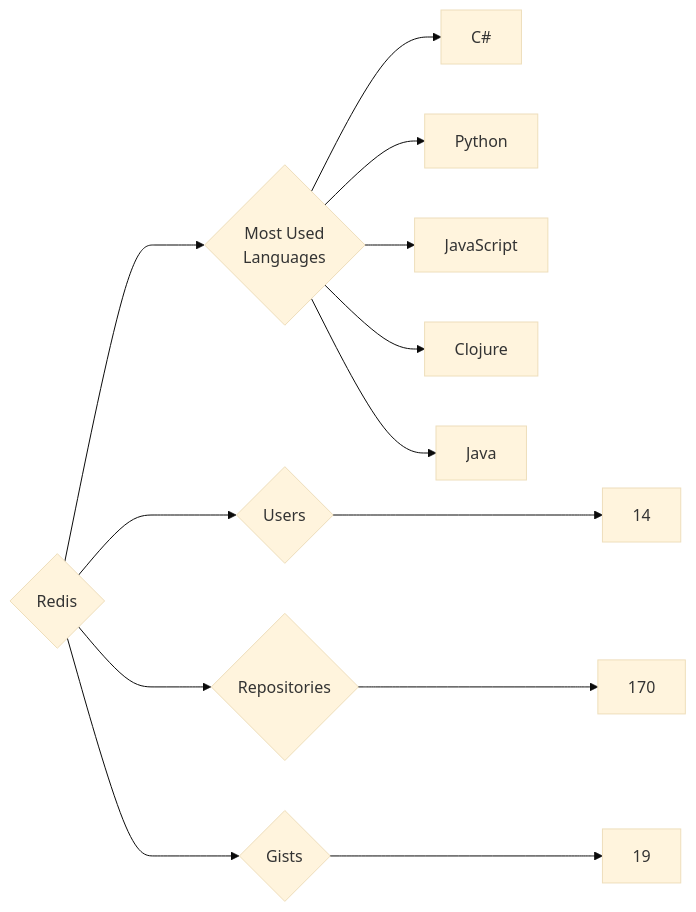
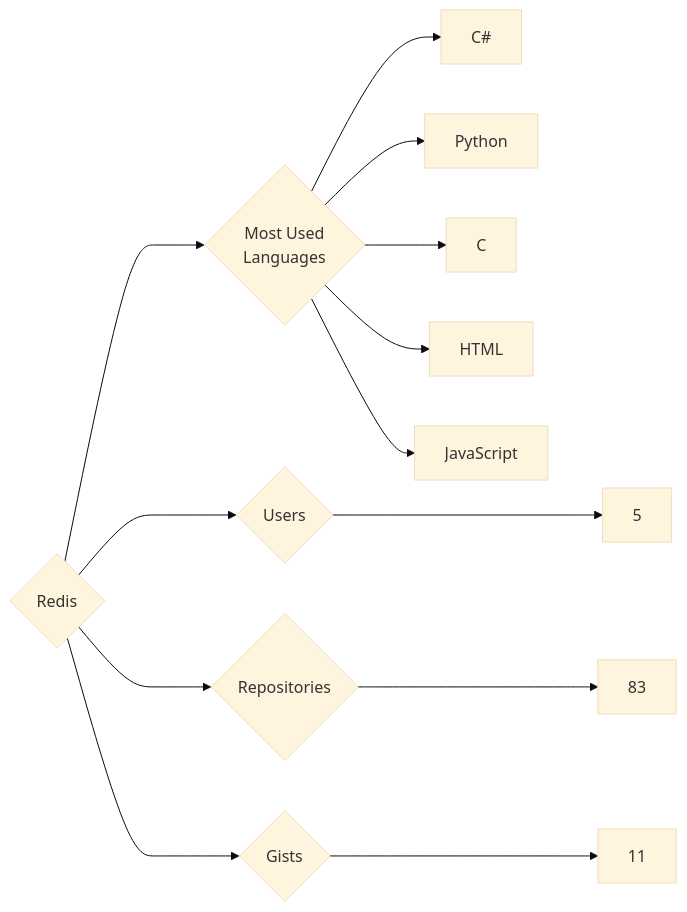
The diagram in targets/Redis/README.md (trickest/insiders), drawn with Mermaid (base theme) before and after one commit. The commit also changed 796 other files, not shown here.

````diff
--- a/targets/Redis/README.md
+++ b/targets/Redis/README.md
@@ -3,13 +3,13 @@
 ```mermaid
 graph LR
 COMPANY_NAME{Redis}
-COMPANY_NAME ---> U{Users} ---> UN[14]
-COMPANY_NAME ---> R{Repositories} ---> RN[170]
-COMPANY_NAME ---> G{Gists} ---> GN[19]
+COMPANY_NAME ---> U{Users} ---> UN[5]
+COMPANY_NAME ---> R{Repositories} ---> RN[83]
+COMPANY_NAME ---> G{Gists} ---> GN[11]
 COMPANY_NAME ---> ML{Most Used<br>Languages}
 ML --> C#[C#]
 ML --> Python[Python]
+ML --> C[C]
+ML --> HTML[HTML]
 ML --> JavaScript[JavaScript]
-ML --> Clojure[Clojure]
-ML --> Java[Java]
 ```
````
